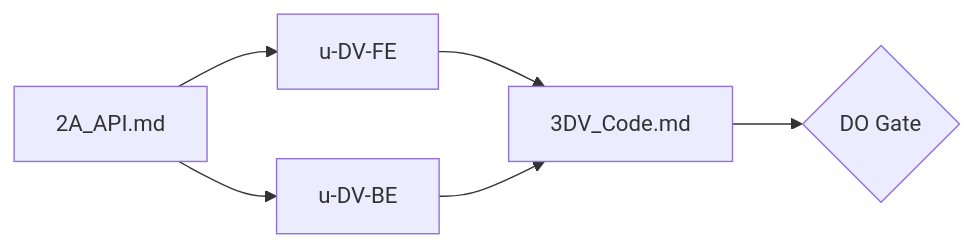
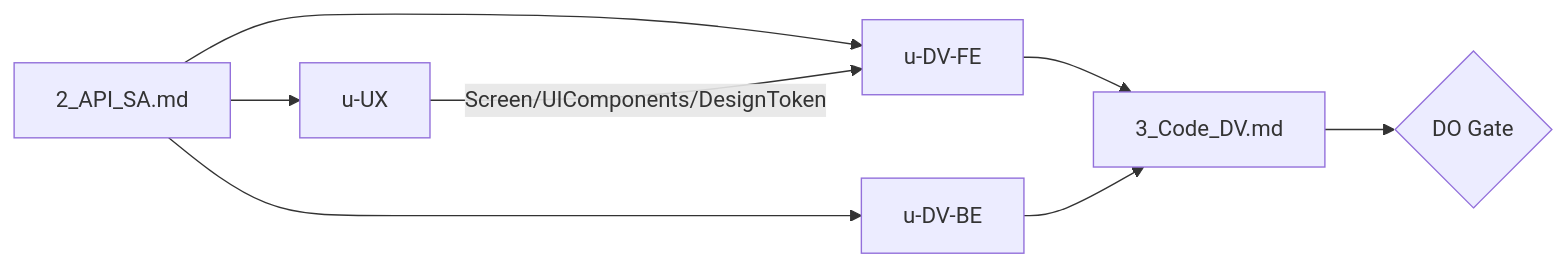
One commit to upleat-ax/u-maker-plugin changed the fourth of 6 diagrams in references/pdca-workflow.md. Above: the diagram before and after it, drawn with Mermaid. The commit also changed other lines of this file and 61 other files, not shown here.

````diff
--- a/references/pdca-workflow.md
+++ b/references/pdca-workflow.md
@@ -131,8 +138,10 @@
 ```mermaid
 flowchart LR
-    API[2A_API.md] --> FE[u-DV-FE]
+    API[2_API_SA.md] --> UX[u-UX]
+    API --> FE[u-DV-FE]
     API --> BE[u-DV-BE]
-    FE --> CODE[3DV_Code.md]
+    UX -->|Screen/UIComponents/DesignToken| FE
+    FE --> CODE[3_Code_DV.md]
     BE --> CODE
     CODE --> GATE{DO Gate}
 ```
````
